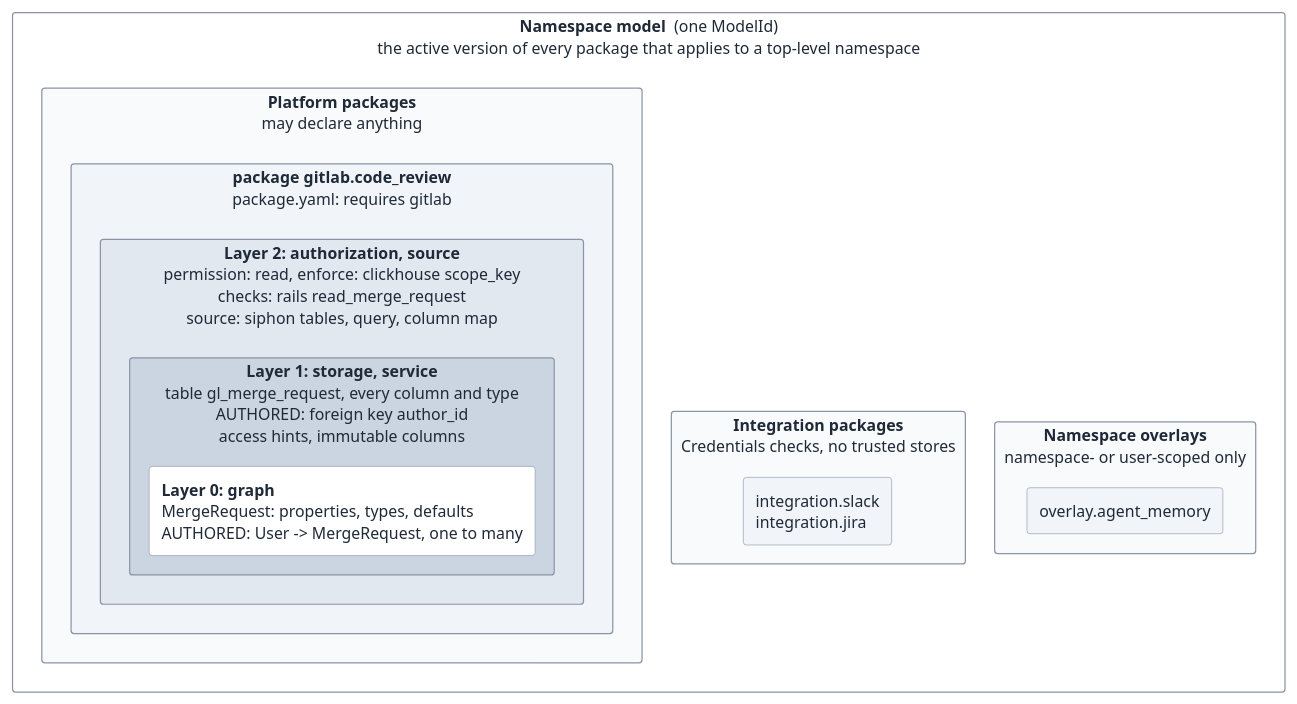
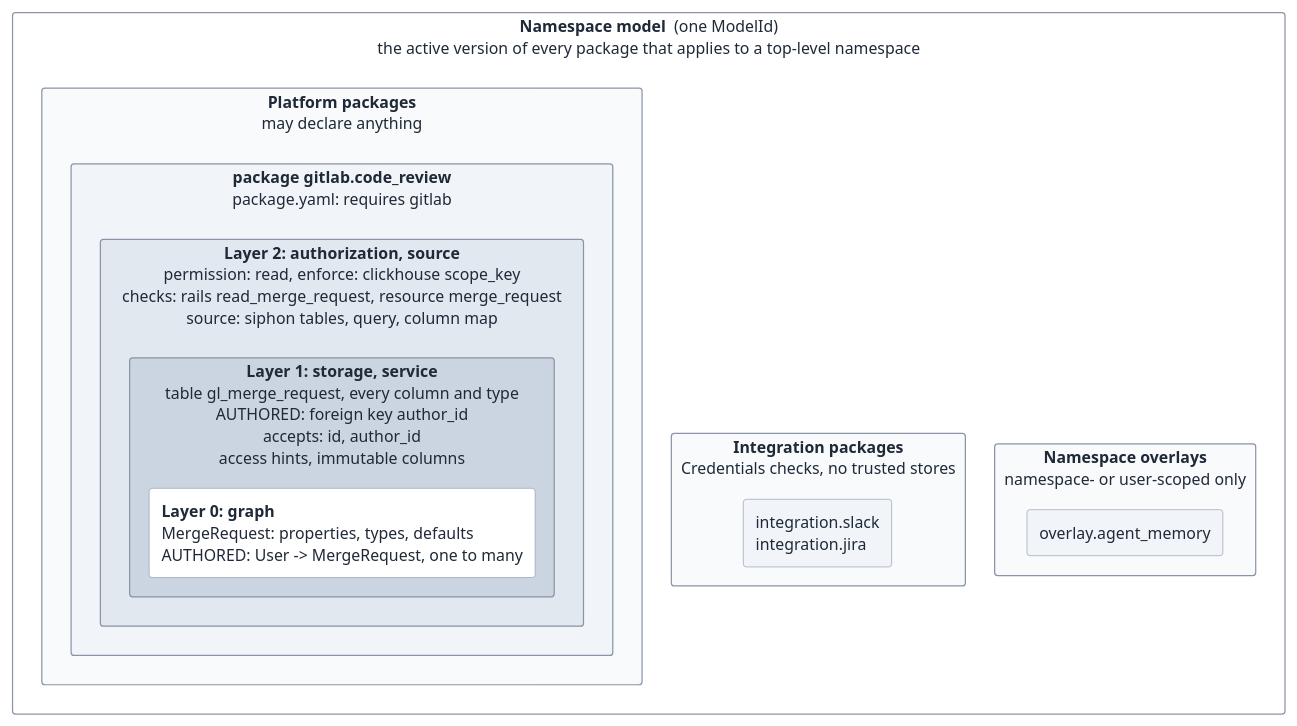
One commit to gitlabhq/orbit-knowledge-graph changed the second of 10 diagrams in docs/pages/engineering/adr/024_pluggable_data_model.md. Above: the diagram before and after it, drawn with PlantUML. The commit also changed other lines of this file and 1 other file, not shown here.

````diff
--- a/docs/pages/engineering/adr/024_pluggable_data_model.md
+++ b/docs/pages/engineering/adr/024_pluggable_data_model.md
@@ -175,27 +175,27 @@
 ```plantuml
 @startuml
 skinparam shadowing false
 skinparam defaultFontSize 13
 skinparam rectangleBorderColor #8A94A6
 skinparam rectangleFontColor #1F2937
 skinparam rectangleFontStyle plain
 
 rectangle "<b>Namespace model</b>  (one ModelId)\nthe active version of every package that applies to a top-level namespace" as M #FFFFFF {
   rectangle "<b>Namespace overlays</b>\nnamespace- or user-scoped only" as T3 #F8FAFC {
     rectangle "overlay.agent_memory" as O #F1F5F9
   }
   rectangle "<b>Integration packages</b>\nCredentials checks, no trusted stores" as T2 #F8FAFC {
     rectangle "integration.slack\nintegration.jira" as I #F1F5F9
   }
   rectangle "<b>Platform packages</b>\nmay declare anything" as T1 #F8FAFC {
     rectangle "<b>package gitlab.code_review</b>\npackage.yaml: requires gitlab" as P #F1F5F9 {
-      rectangle "<b>Layer 2: authorization, source</b>\npermission: read, enforce: clickhouse scope_key\nchecks: rails read_merge_request\nsource: siphon tables, query, column map" as L2 #E2E8F0 {
-        rectangle "<b>Layer 1: storage, service</b>\ntable gl_merge_request, every column and type\nAUTHORED: foreign key author_id\naccess hints, immutable columns" as L1 #CBD5E1 {
+      rectangle "<b>Layer 2: authorization, source</b>\npermission: read, enforce: clickhouse scope_key\nchecks: rails read_merge_request, resource merge_request\nsource: siphon tables, query, column map" as L2 #E2E8F0 {
+        rectangle "<b>Layer 1: storage, service</b>\ntable gl_merge_request, every column and type\nAUTHORED: foreign key author_id\naccepts: id, author_id\naccess hints, immutable columns" as L1 #CBD5E1 {
           rectangle "<b>Layer 0: graph</b>\nMergeRequest: properties, types, defaults\nAUTHORED: User -> MergeRequest, one to many" as L0 #FFFFFF
         }
       }
     }
   }
 }
 @enduml
 ```
````
